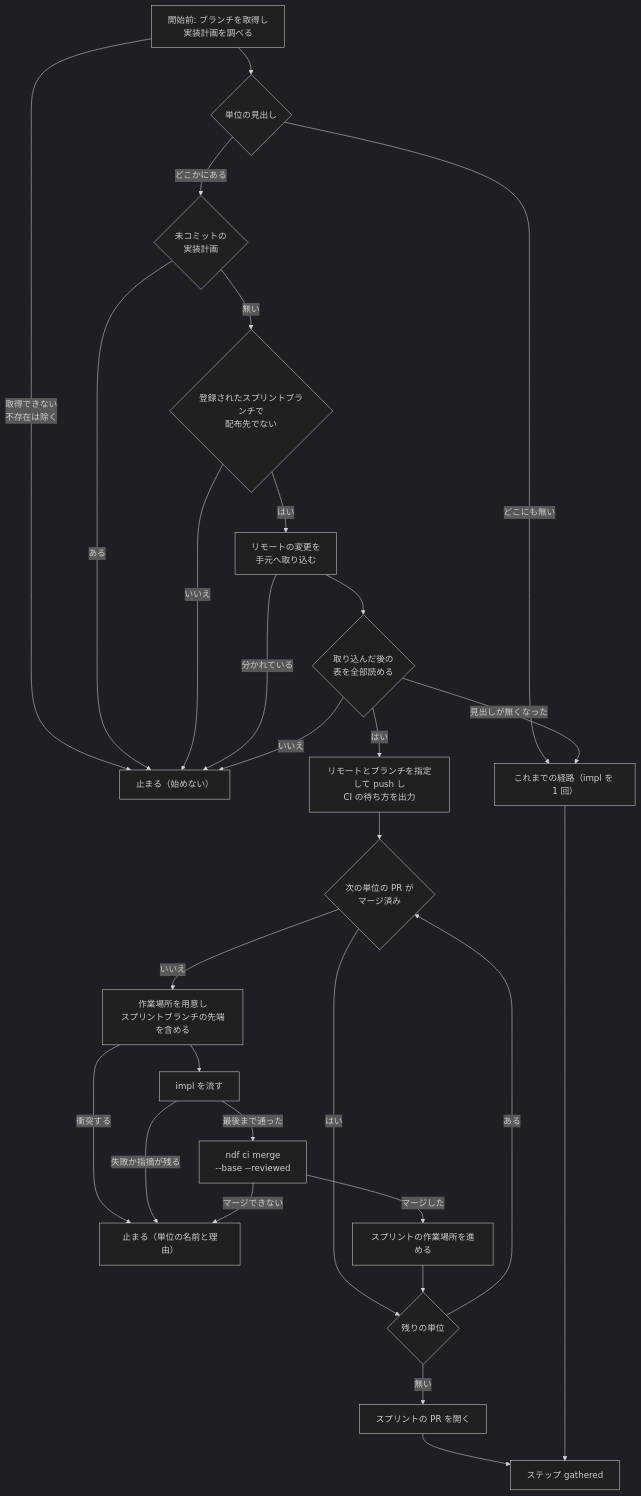
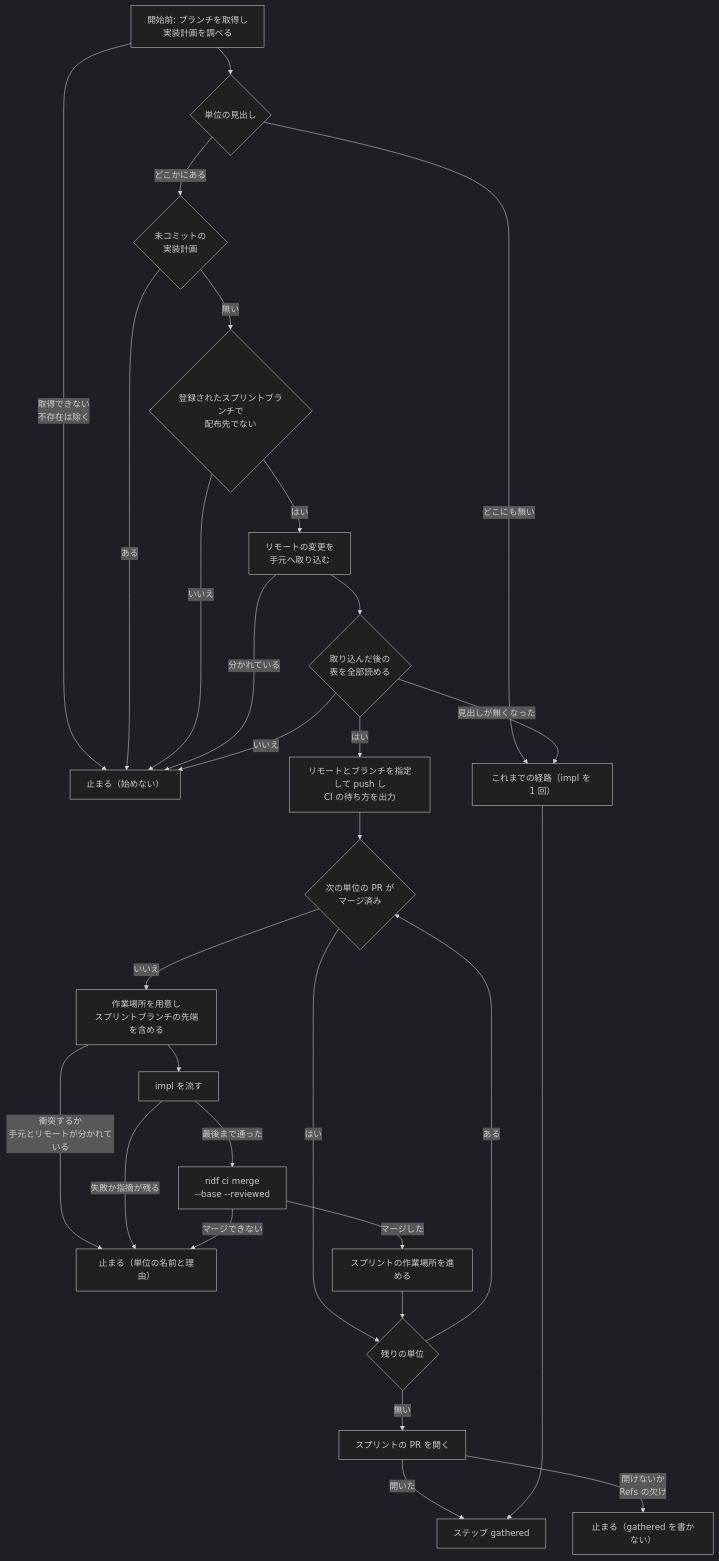
One commit to devbasex/ai-plugins changed the fifth of 5 diagrams in issues/issue-4369-design.md. Above: the diagram before and after it, drawn with Mermaid (dark theme). The commit also changed other lines of this file and 1 other file, not shown here.

````diff
--- a/issues/issue-4369-design.md
+++ b/issues/issue-4369-design.md
@@ -225,30 +246,31 @@
 ```mermaid
 flowchart TB
   A["開始前: ブランチを取得し<br/>実装計画を調べる"] --> B{"単位の見出し"}
   A -->|取得できない<br/>不存在は除く| E
   B -->|どこにも無い| C["これまでの経路（impl を 1 回）"]
   B -->|どこかにある| Q{"未コミットの<br/>実装計画"}
   Q -->|ある| E
   Q -->|無い| D{"登録されたスプリントブランチで<br/>配布先でない"}
   D -->|いいえ| E["止まる（始めない）"]
   D -->|はい| F["リモートの変更を<br/>手元へ取り込む"]
   F -->|分かれている| E
   F --> R{"取り込んだ後の<br/>表を全部読める"}
   R -->|見出しが無くなった| C
   R -->|いいえ| E
   R -->|はい| S["リモートとブランチを指定して push し<br/>CI の待ち方を出力"]
   S --> H{"次の単位の PR が<br/>マージ済み"}
   H -->|はい| N{"残りの単位"}
   H -->|いいえ| W["作業場所を用意し<br/>スプリントブランチの先端を含める"]
-  W -->|衝突する| X
+  W -->|衝突するか<br/>手元とリモートが分かれている| X
   W --> P["impl を流す"]
   P -->|失敗か指摘が残る| X["止まる（単位の名前と理由）"]
   P -->|最後まで通った| M["ndf ci merge<br/>--base --reviewed"]
   M -->|マージできない| X
   M -->|マージした| V["スプリントの作業場所を進める"]
   V --> N
   N -->|ある| H
   N -->|無い| Z["スプリントの PR を開く"]
-  Z --> G["ステップ gathered"]
+  Z -->|開けないか<br/>Refs の欠け| Y["止まる（gathered を書かない）"]
+  Z -->|開いた| G["ステップ gathered"]
   C --> G
 ```
````
